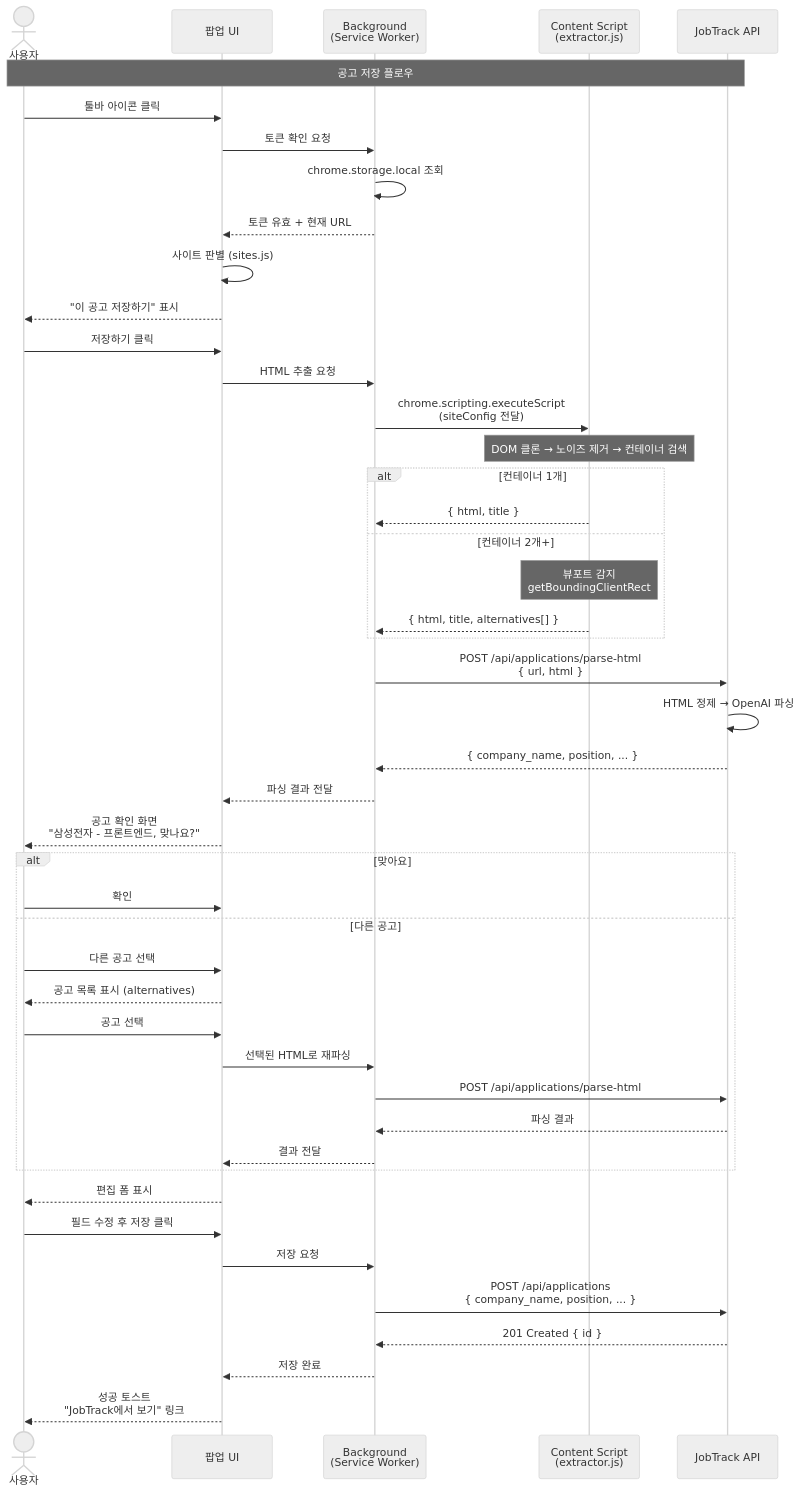
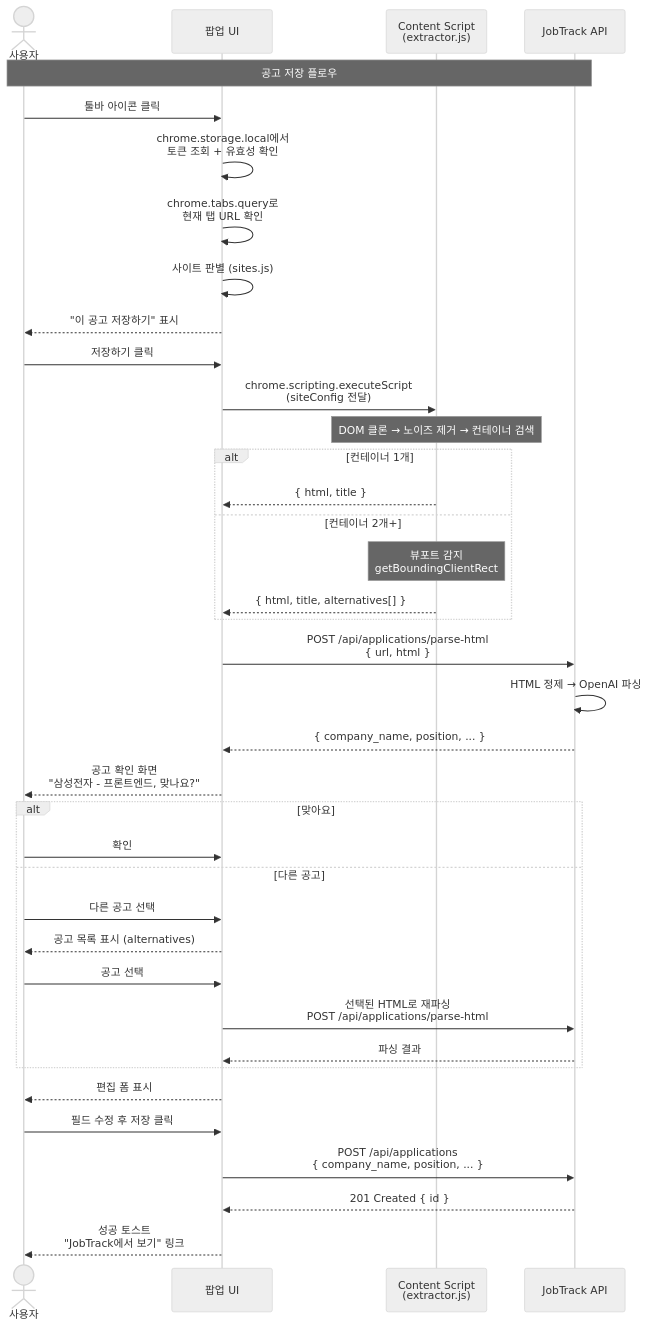
Before and after one commit to chaeseungyun/jobtrack: the sixth of 6 diagrams in docs/extension/flow.md, drawn with Mermaid (neutral theme). The commit also changed other lines of this file and 3 other files, not shown here.

Commit message:
docs: update flow and implementation plan for JobTrack Chrome extension, detailing new authentication flow, removal of Service Worker, and enhanced content script functionality

````diff
--- a/docs/extension/flow.md
+++ b/docs/extension/flow.md
@@ -232,62 +235,51 @@
 ```mermaid
 sequenceDiagram
     actor User as 사용자
     participant Popup as 팝업 UI
-    participant BG as Background<br/>(Service Worker)
     participant CS as Content Script<br/>(extractor.js)
     participant API as JobTrack API
 
     Note over User,API: 공고 저장 플로우
 
     User->>Popup: 툴바 아이콘 클릭
-    Popup->>BG: 토큰 확인 요청
-    BG->>BG: chrome.storage.local 조회
-    BG-->>Popup: 토큰 유효 + 현재 URL
-
+    Popup->>Popup: chrome.storage.local에서<br/>토큰 조회 + 유효성 확인
+    Popup->>Popup: chrome.tabs.query로<br/>현재 탭 URL 확인
     Popup->>Popup: 사이트 판별 (sites.js)
     Popup-->>User: "이 공고 저장하기" 표시
 
     User->>Popup: 저장하기 클릭
-    Popup->>BG: HTML 추출 요청
-
-    BG->>CS: chrome.scripting.executeScript<br/>(siteConfig 전달)
+    Popup->>CS: chrome.scripting.executeScript<br/>(siteConfig 전달)
 
     Note over CS: DOM 클론 → 노이즈 제거 → 컨테이너 검색
 
     alt 컨테이너 1개
-        CS-->>BG: { html, title }
+        CS-->>Popup: { html, title }
     else 컨테이너 2개+
         Note over CS: 뷰포트 감지<br/>getBoundingClientRect
-        CS-->>BG: { html, title, alternatives[] }
+        CS-->>Popup: { html, title, alternatives[] }
     end
 
-    BG->>API: POST /api/applications/parse-html<br/>{ url, html }
+    Popup->>API: POST /api/applications/parse-html<br/>{ url, html }
     API->>API: HTML 정제 → OpenAI 파싱
-    API-->>BG: { company_name, position, ... }
+    API-->>Popup: { company_name, position, ... }
 
-    BG-->>Popup: 파싱 결과 전달
     Popup-->>User: 공고 확인 화면<br/>"삼성전자 - 프론트엔드, 맞나요?"
 
     alt 맞아요
         User->>Popup: 확인
     else 다른 공고
         User->>Popup: 다른 공고 선택
         Popup-->>User: 공고 목록 표시 (alternatives)
         User->>Popup: 공고 선택
-        Popup->>BG: 선택된 HTML로 재파싱
-        BG->>API: POST /api/applications/parse-html
-        API-->>BG: 파싱 결과
-        BG-->>Popup: 결과 전달
+        Popup->>API: 선택된 HTML로 재파싱<br/>POST /api/applications/parse-html
+        API-->>Popup: 파싱 결과
     end
 
     Popup-->>User: 편집 폼 표시
 
     User->>Popup: 필드 수정 후 저장 클릭
-    Popup->>BG: 저장 요청
+    Popup->>API: POST /api/applications<br/>{ company_name, position, ... }
+    API-->>Popup: 201 Created { id }
 
-    BG->>API: POST /api/applications<br/>{ company_name, position, ... }
-    API-->>BG: 201 Created { id }
-
-    BG-->>Popup: 저장 완료
     Popup-->>User: 성공 토스트<br/>"JobTrack에서 보기" 링크
 ```
````
